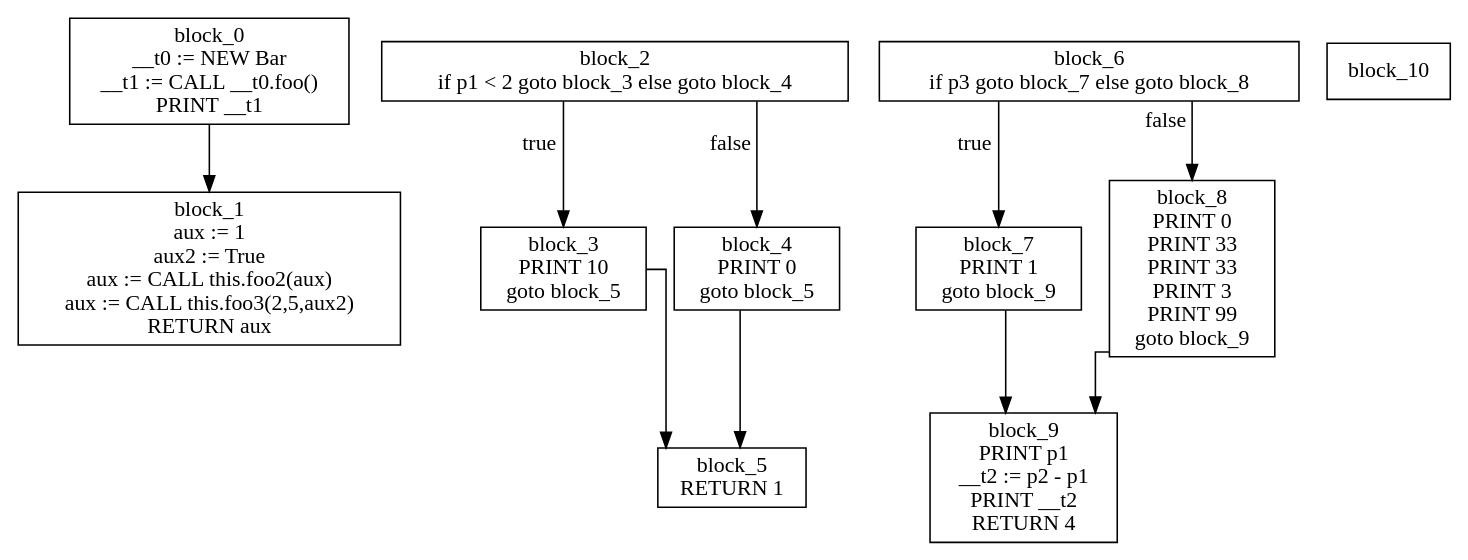
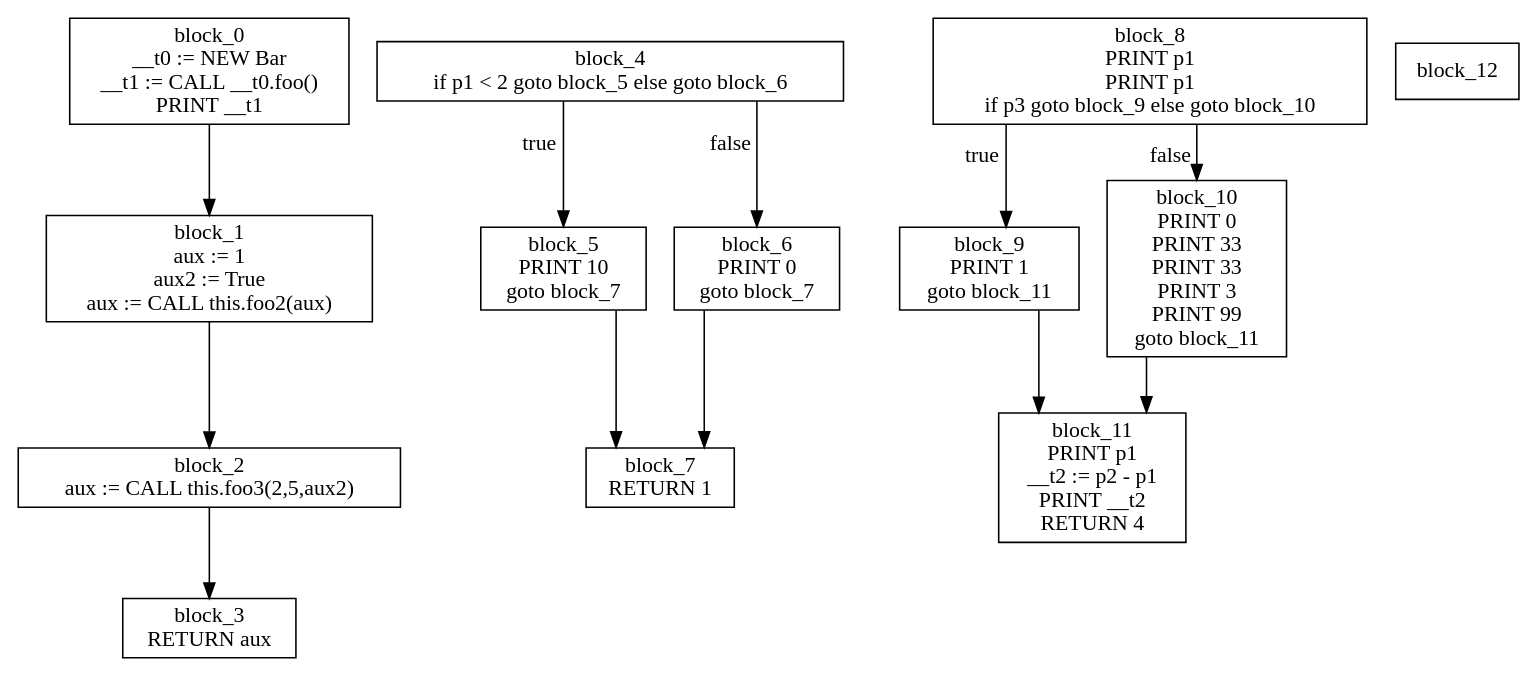
One commit to KarmaSora/Compiler changed the diagram in gettingStarted/cfg.dot. Above: the diagram before and after it, drawn with Graphviz. The commit also changed 6 other files, not shown here.

Commit message:
seperated methodCalls and return blocks, issue with block 0 not endinggit add .

```diff
--- a/gettingStarted/cfg.dot
+++ b/gettingStarted/cfg.dot
@@ -1,24 +1,28 @@
 digraph CFG {
 graph [splines=ortho];
 node [shape=box];
 block_0 -> block_1;
 block_0 [label="block_0\n__t0 := NEW Bar\n__t1 := CALL __t0.foo()\nPRINT __t1\n"];
-block_1 [label="block_1\naux := 1\naux2 := True\naux := CALL this.foo2(aux)\naux := CALL this.foo3(2,5,aux2)\nRETURN aux\n"];
-block_2 -> block_3 [xlabel="true"];
-block_2 -> block_4 [xlabel="false"];
-block_2 [label="block_2\nif p1 < 2 goto block_3 else goto block_4\n"];
-block_3 -> block_5;
-block_3 [label="block_3\nPRINT 10\ngoto block_5\n"];
-block_4 -> block_5;
-block_4 [label="block_4\nPRINT 0\ngoto block_5\n"];
-block_5 [label="block_5\nRETURN 1\n"];
-block_6 -> block_7 [xlabel="true"];
-block_6 -> block_8 [xlabel="false"];
-block_6 [label="block_6\nif p3 goto block_7 else goto block_8\n"];
-block_7 -> block_9;
-block_7 [label="block_7\nPRINT 1\ngoto block_9\n"];
-block_8 -> block_9;
-block_8 [label="block_8\nPRINT 0\nPRINT 33\nPRINT 33\nPRINT 3\nPRINT 99\ngoto block_9\n"];
-block_9 [label="block_9\nPRINT p1\n__t2 := p2 - p1\nPRINT __t2\nRETURN 4\n"];
-block_10 [label="block_10\n"];
+block_1 -> block_2;
+block_1 [label="block_1\naux := 1\naux2 := True\naux := CALL this.foo2(aux)\n"];
+block_2 -> block_3;
+block_2 [label="block_2\naux := CALL this.foo3(2,5,aux2)\n"];
+block_3 [label="block_3\nRETURN aux\n"];
+block_4 -> block_5 [xlabel="true"];
+block_4 -> block_6 [xlabel="false"];
+block_4 [label="block_4\nif p1 < 2 goto block_5 else goto block_6\n"];
+block_5 -> block_7;
+block_5 [label="block_5\nPRINT 10\ngoto block_7\n"];
+block_6 -> block_7;
+block_6 [label="block_6\nPRINT 0\ngoto block_7\n"];
+block_7 [label="block_7\nRETURN 1\n"];
+block_8 -> block_9 [xlabel="true"];
+block_8 -> block_10 [xlabel="false"];
+block_8 [label="block_8\nPRINT p1\nPRINT p1\nif p3 goto block_9 else goto block_10\n"];
+block_9 -> block_11;
+block_9 [label="block_9\nPRINT 1\ngoto block_11\n"];
+block_10 -> block_11;
+block_10 [label="block_10\nPRINT 0\nPRINT 33\nPRINT 33\nPRINT 3\nPRINT 99\ngoto block_11\n"];
+block_11 [label="block_11\nPRINT p1\n__t2 := p2 - p1\nPRINT __t2\nRETURN 4\n"];
+block_12 [label="block_12\n"];
 }
```
